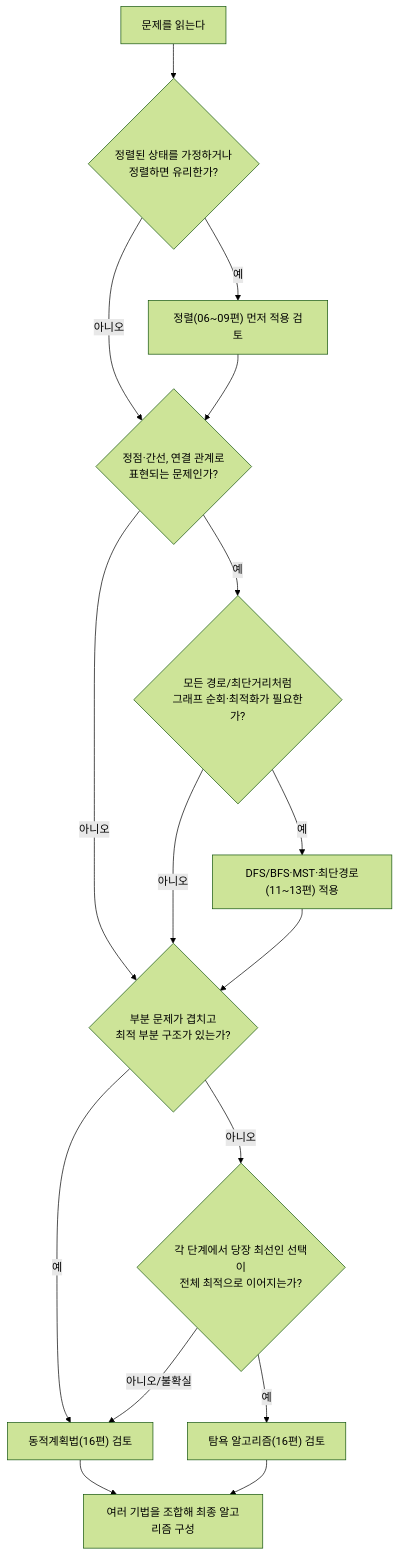
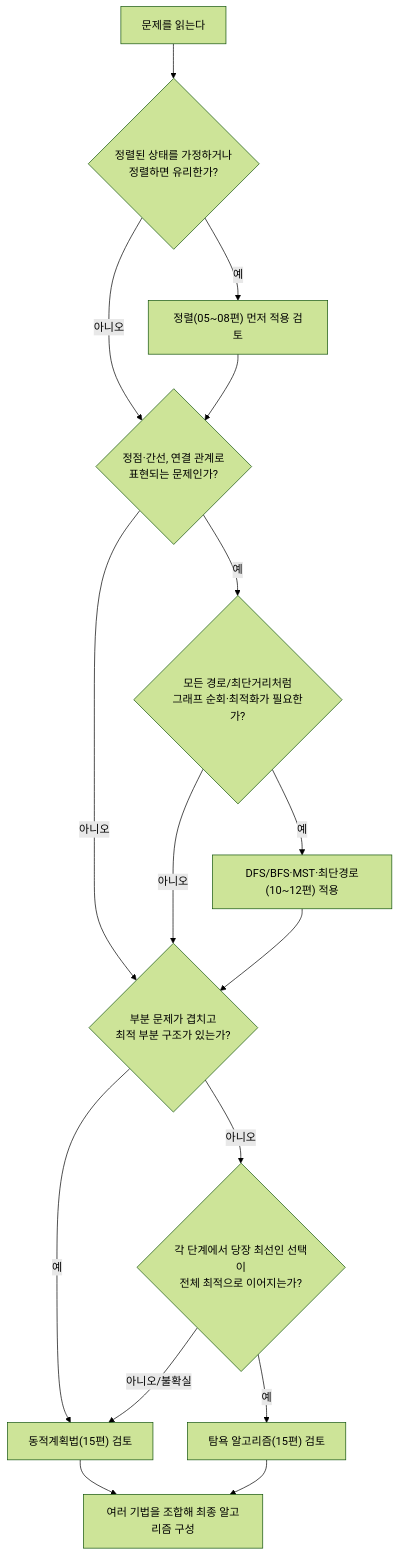
The diagram in content/독학사/4단계/알고리즘/18_tricky-mixed-questions.mdx (zenoK80/zeno-ai-docs), drawn with Mermaid (forest theme) before and after one commit. The commit also changed other lines of this file and 1368 other files, not shown here.

````diff
--- a/content/독학사/4단계/알고리즘/18_tricky-mixed-questions.mdx
+++ b/content/독학사/4단계/알고리즘/18_tricky-mixed-questions.mdx
@@ -22,18 +16,18 @@
 ```mermaid
 flowchart TD
   Start["문제를 읽는다"] --> Q1{"정렬된 상태를 가정하거나\n정렬하면 유리한가?"}
-  Q1 -- 예 --> S1["정렬(06~09편) 먼저 적용 검토"]
+  Q1 -- 예 --> S1["정렬(05~08편) 먼저 적용 검토"]
   Q1 -- 아니오 --> Q2{"정점·간선, 연결 관계로\n표현되는 문제인가?"}
   S1 --> Q2
   Q2 -- 예 --> Q3{"모든 경로/최단거리처럼\n그래프 순회·최적화가 필요한가?"}
   Q2 -- 아니오 --> Q4{"부분 문제가 겹치고\n최적 부분 구조가 있는가?"}
-  Q3 -- 예 --> S2["DFS/BFS·MST·최단경로(11~13편) 적용"]
+  Q3 -- 예 --> S2["DFS/BFS·MST·최단경로(10~12편) 적용"]
   Q3 -- 아니오 --> Q4
   S2 --> Q4
-  Q4 -- 예 --> S3["동적계획법(16편) 검토"]
+  Q4 -- 예 --> S3["동적계획법(15편) 검토"]
   Q4 -- 아니오 --> Q5{"각 단계에서 당장 최선인 선택이\n전체 최적으로 이어지는가?"}
   S3 --> End["여러 기법을 조합해 최종 알고리즘 구성"]
-  Q5 -- 예 --> S4["탐욕 알고리즘(16편) 검토"]
+  Q5 -- 예 --> S4["탐욕 알고리즘(15편) 검토"]
   Q5 -- 아니오/불확실 --> S3
   S4 --> End
 ```
````
